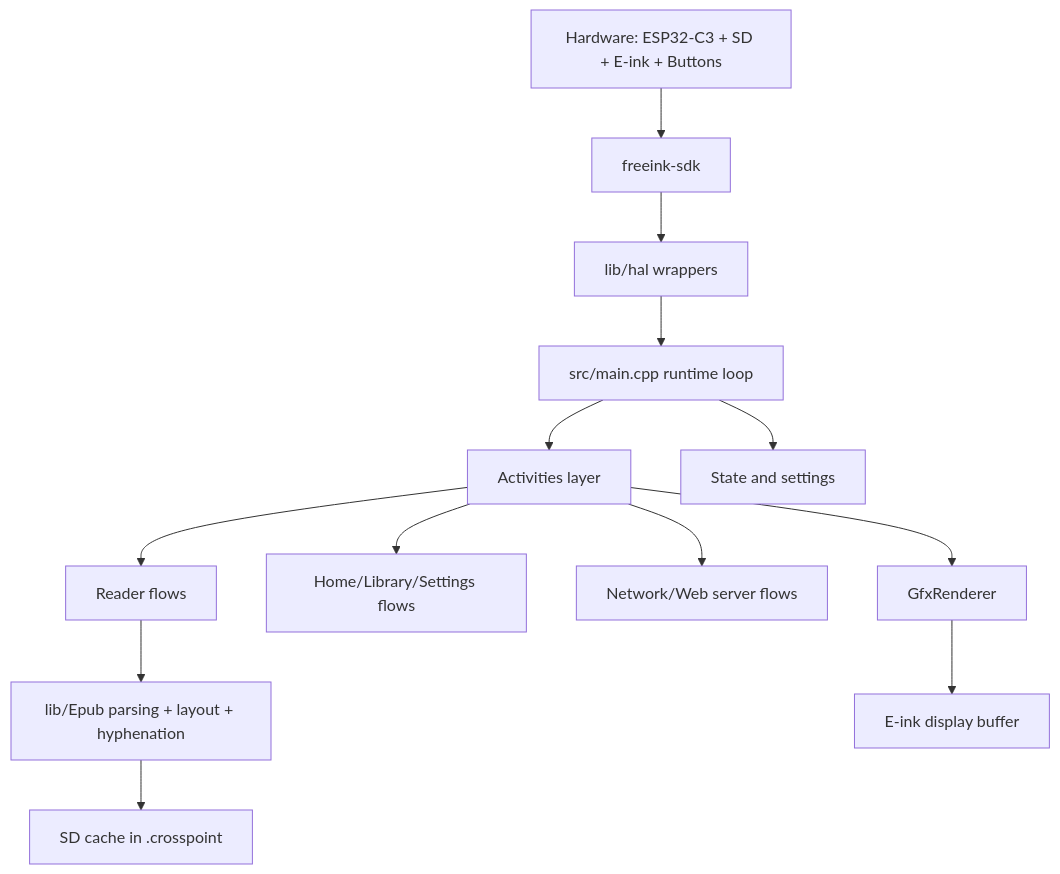
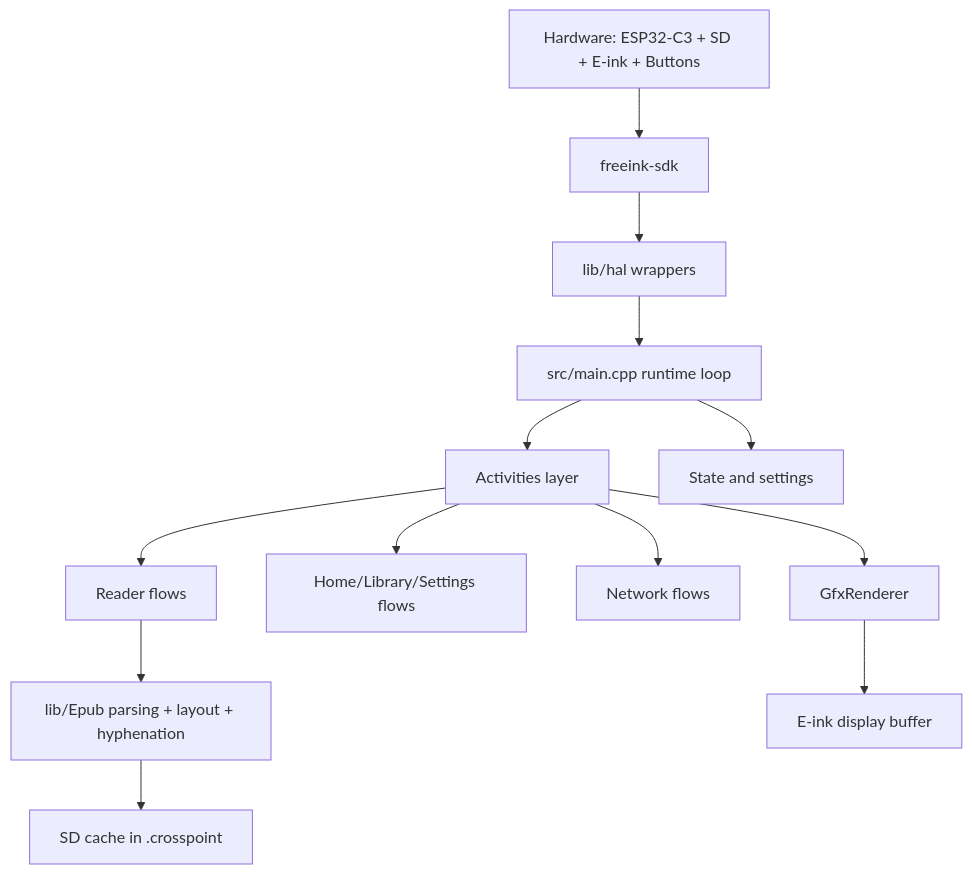
Before and after one commit to crosspoint-reader/crosspoint-reader: the first of 4 diagrams in docs/contributing/architecture.md, drawn with Mermaid. The commit also changed other lines of this file and 33 other files, not shown here.

First line of the commit message:
feat: remove SSH server, web server, and Calibre sync

````diff
--- a/docs/contributing/architecture.md
+++ b/docs/contributing/architecture.md
@@ -9,15 +9,15 @@
 ```mermaid
 graph TD
     A[Hardware: ESP32-C3 + SD + E-ink + Buttons] --> B[freeink-sdk]
     B --> C[lib/hal wrappers]
     C --> D[src/main.cpp runtime loop]
     D --> E[Activities layer]
     D --> F[State and settings]
     E --> G[Reader flows]
     E --> H[Home/Library/Settings flows]
-    E --> I[Network/Web server flows]
+    E --> I[Network flows]
     G --> J[lib/Epub parsing + layout + hyphenation]
     J --> K[SD cache in .crosspoint]
     E --> L[GfxRenderer]
     L --> M[E-ink display buffer]
 ```
````
